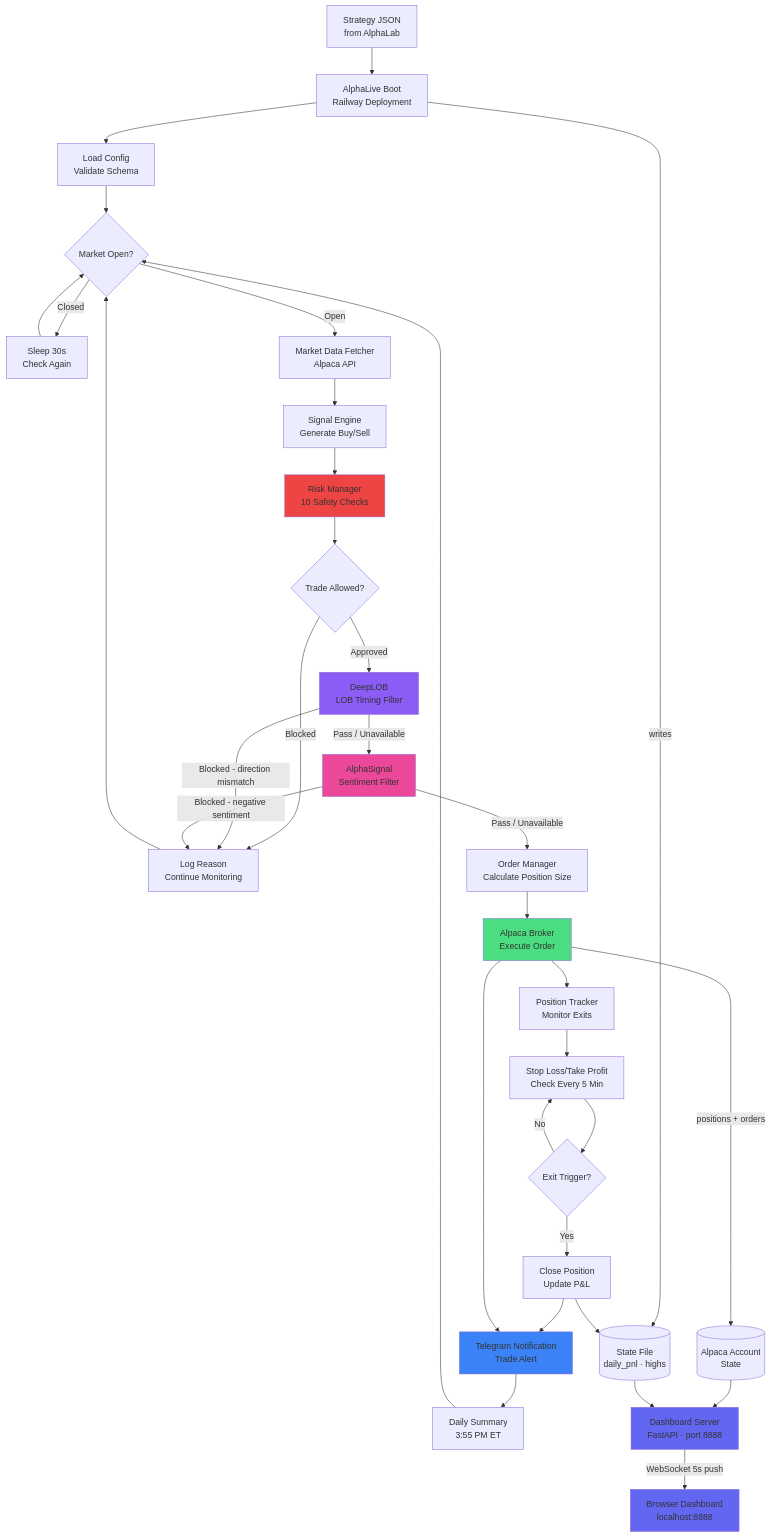
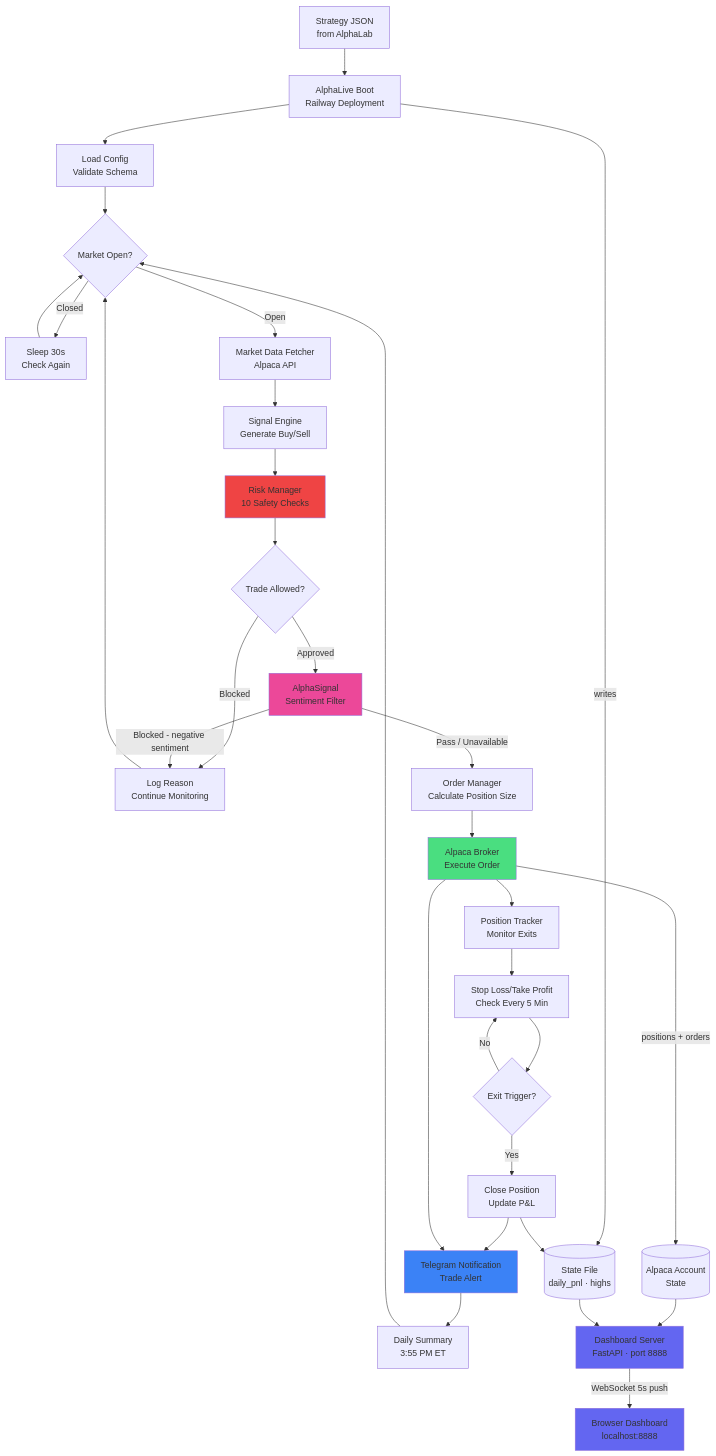
One commit to bernardoguterres/AlphaLive changed the diagram in README.md. Above: the diagram before and after it, drawn with Mermaid. The commit also changed other lines of this file and 10 other files, not shown here.

Commit message:
refactor: remove DeepLOB integration (project removed from the system)

````diff
--- a/README.md
+++ b/README.md
@@ -224,44 +223,41 @@
 ```mermaid
 flowchart TD
     A[Strategy JSON<br/>from AlphaLab] --> B[AlphaLive Boot<br/>Railway Deployment]
     B --> C[Load Config<br/>Validate Schema]
     C --> D{Market Open?}
     D -->|Closed| E[Sleep 30s<br/>Check Again]
     E --> D
     D -->|Open| F[Market Data Fetcher<br/>Alpaca API]
     F --> G[Signal Engine<br/>Generate Buy/Sell]
     G --> H[Risk Manager<br/>10 Safety Checks]
     H --> I{Trade Allowed?}
     I -->|Blocked| J[Log Reason<br/>Continue Monitoring]
-    I -->|Approved| DL[DeepLOB<br/>LOB Timing Filter]
-    DL -->|Pass / Unavailable| AS[AlphaSignal<br/>Sentiment Filter]
-    DL -->|Blocked - direction mismatch| J
+    I -->|Approved| AS[AlphaSignal<br/>Sentiment Filter]
     AS -->|Pass / Unavailable| K[Order Manager<br/>Calculate Position Size]
     AS -->|Blocked - negative sentiment| J
     K --> L[Alpaca Broker<br/>Execute Order]
     L --> M[Position Tracker<br/>Monitor Exits]
     M --> N[Stop Loss/Take Profit<br/>Check Every 5 Min]
     N --> O{Exit Trigger?}
     O -->|Yes| P[Close Position<br/>Update P&L]
     O -->|No| N
     P --> Q[Telegram Notification<br/>Trade Alert]
     L --> Q
     Q --> R[Daily Summary<br/>3:55 PM ET]
     R --> D
     J --> D
 
     L -->|positions + orders| S[(Alpaca Account<br/>State)]
     B -->|writes| T[(State File<br/>daily_pnl · highs)]
     P --> T
     S --> U[Dashboard Server<br/>FastAPI · port 8888]
     T --> U
     U -->|WebSocket 5s push| V[Browser Dashboard<br/>localhost:8888]
 
     style H fill:#ef4444
-    style DL fill:#8b5cf6
     style AS fill:#ec4899
     style L fill:#4ade80
     style Q fill:#3b82f6
     style U fill:#6366f1
     style V fill:#6366f1
 ```
````
